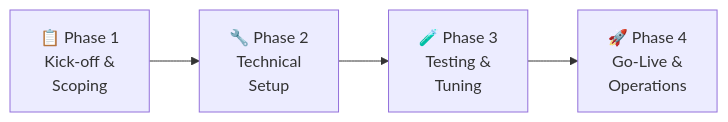
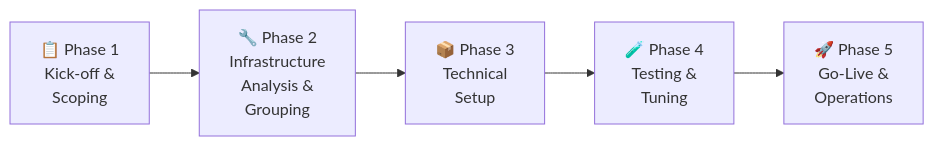
Before and after one commit to tagmbh/TA-BTO: the first of 2 diagrams in docs/en/service/onboarding.md, drawn with Mermaid. The commit also changed other lines of this file and 3 other files, not shown here.

First line of the commit message:
Expand Wazuh docs with Agent Groups, modules, and process flows

````diff
--- a/docs/en/service/onboarding.md
+++ b/docs/en/service/onboarding.md
@@ -11,6 +14,7 @@
 ```mermaid
 graph LR
-    P1[📋 Phase 1<br/>Kick-off &<br/>Scoping] --> P2[🔧 Phase 2<br/>Technical<br/>Setup]
-    P2 --> P3[🧪 Phase 3<br/>Testing &<br/>Tuning]
-    P3 --> P4[🚀 Phase 4<br/>Go-Live &<br/>Operations]
+    P1["📋 Phase 1<br/>Kick-off &<br/>Scoping"] --> P2["🔧 Phase 2<br/>Infrastructure<br/>Analysis &<br/>Grouping"]
+    P2 --> P3["📦 Phase 3<br/>Technical<br/>Setup"]
+    P3 --> P4["🧪 Phase 4<br/>Testing &<br/>Tuning"]
+    P4 --> P5["🚀 Phase 5<br/>Go-Live &<br/>Operations"]
 ```
````
